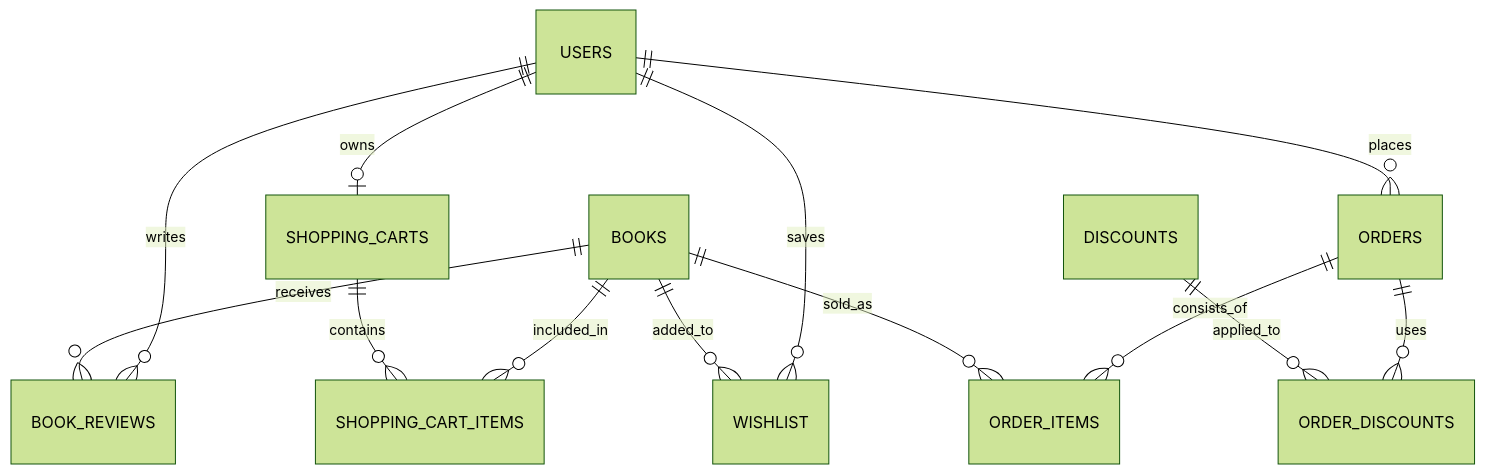
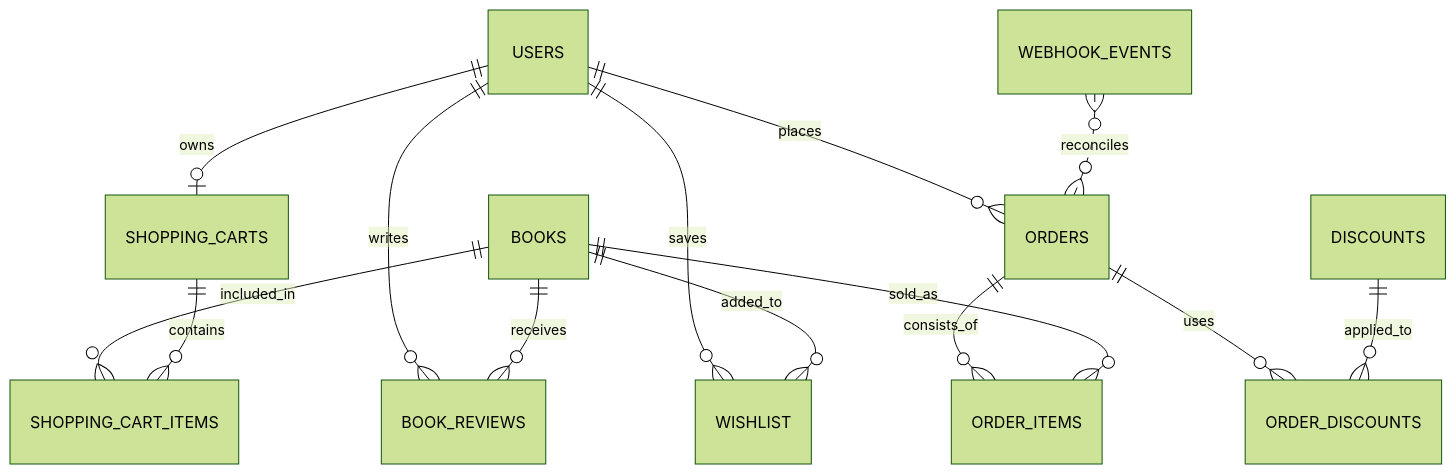
The diagram in README.md (ArturN31/bookstore), drawn with Mermaid (forest theme) before and after one commit. The commit also changed other lines of this file and 1 other file, not shown here.

````diff
--- a/README.md
+++ b/README.md
@@ -216,15 +222,16 @@
 ```mermaid
 erDiagram
     USERS ||--o| SHOPPING_CARTS : owns
     USERS ||--o{ BOOK_REVIEWS : writes
     USERS ||--o{ WISHLIST : saves
     USERS ||--o{ ORDERS : places
     BOOKS ||--o{ BOOK_REVIEWS : receives
     BOOKS ||--o{ SHOPPING_CART_ITEMS : included_in
     BOOKS ||--o{ WISHLIST : added_to
     SHOPPING_CARTS ||--o{ SHOPPING_CART_ITEMS : contains
     ORDERS ||--o{ ORDER_ITEMS : consists_of
     BOOKS ||--o{ ORDER_ITEMS : sold_as
     ORDERS ||--o{ ORDER_DISCOUNTS : uses
     DISCOUNTS ||--o{ ORDER_DISCOUNTS : applied_to
+    WEBHOOK_EVENTS }o..o{ ORDERS : reconciles
 ```
````
